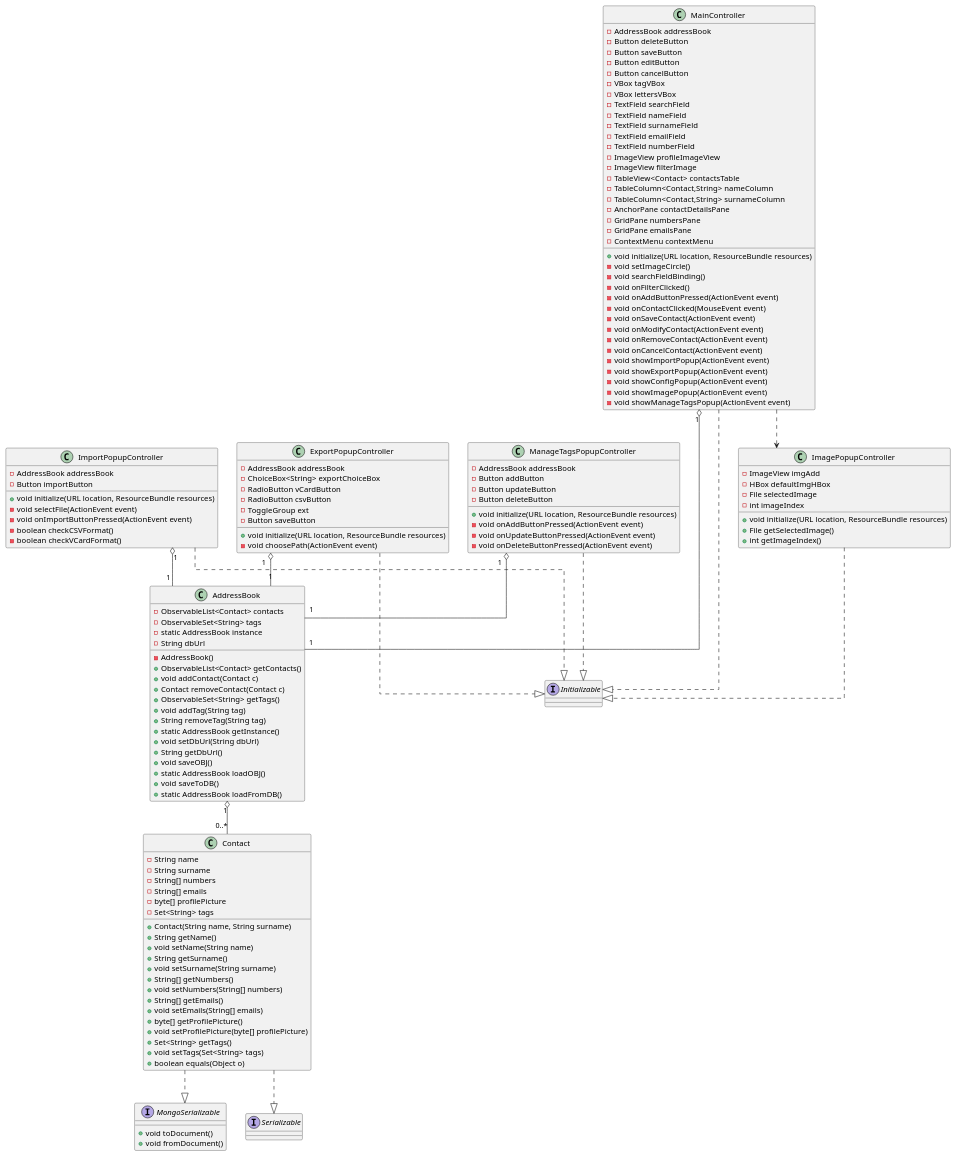
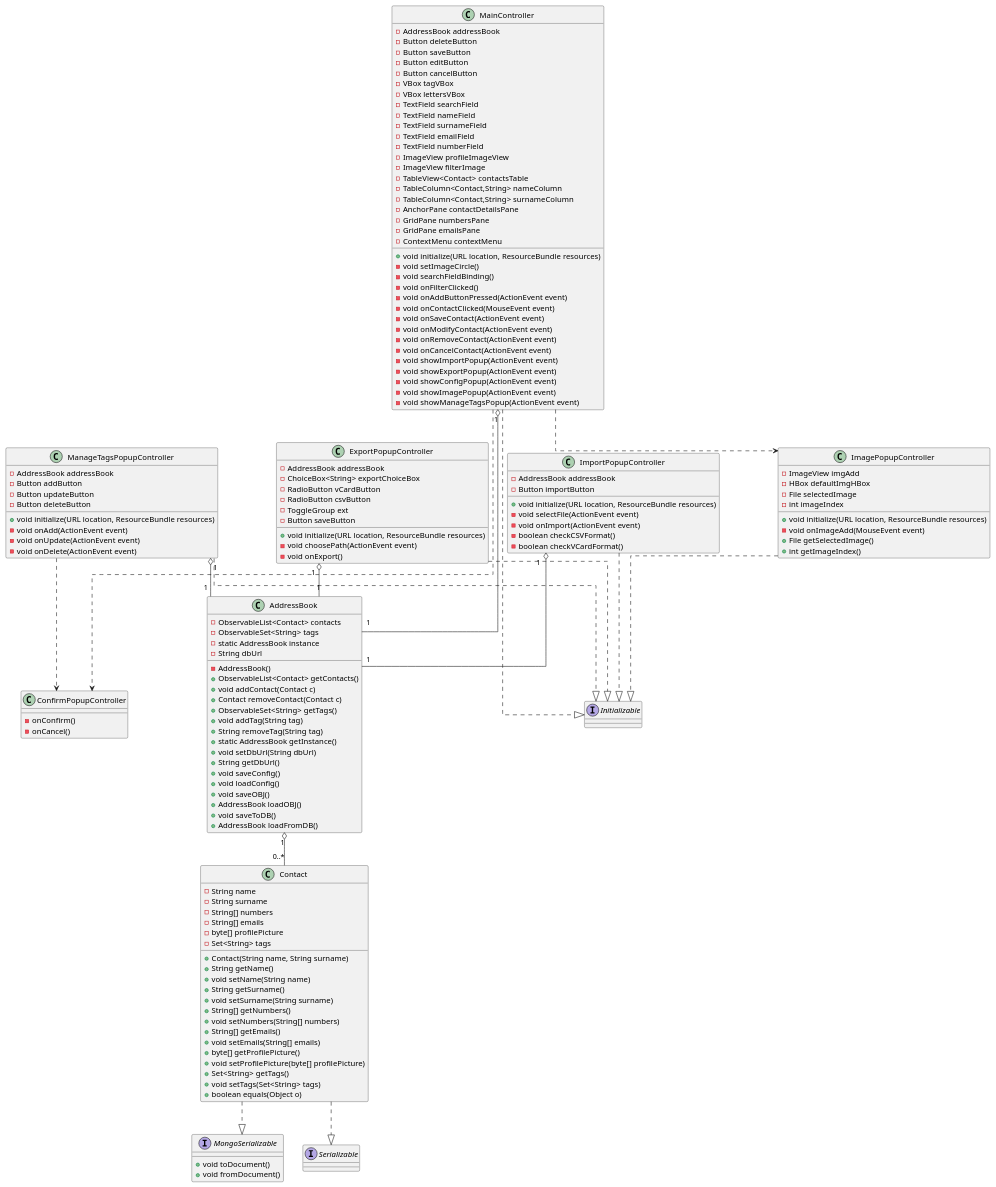
One commit to savaava/ProgettoRubrica changed the diagram in documenti/diagrammaClassi.puml. Above: the diagram before and after it, drawn with PlantUML. The commit also changed 1 other file, not shown here.

Commit message:
refactor dei diagrammi di classe

```diff
--- a/documenti/diagrammaClassi.puml
+++ b/documenti/diagrammaClassi.puml
@@ -1,167 +1,177 @@
 @startuml DiagrammaDelleClassi
 skinparam linetype ortho
 'left to right direction
 
 class Contact {
     - String name 
     - String surname 
     - String[] numbers
     - String[] emails
     - byte[] profilePicture
     - Set<String> tags
 
     + Contact(String name, String surname)
     + String getName()
     + void setName(String name)
     + String getSurname()
     + void setSurname(String surname)
     + String[] getNumbers()
     + void setNumbers(String[] numbers)
     + String[] getEmails()
     + void setEmails(String[] emails)
     + byte[] getProfilePicture()
     + void setProfilePicture(byte[] profilePicture)
     + Set<String> getTags()
     + void setTags(Set<String> tags)
     + boolean equals(Object o)
     
 }
 
 interface MongoSerializable {
     +void toDocument() 
     +void fromDocument()
 }
 
 Contact ..|> MongoSerializable
 
 class AddressBook {
     - ObservableList<Contact> contacts
     - ObservableSet<String> tags
     - static AddressBook instance
     - String dbUrl 
+
     - AddressBook()
     + ObservableList<Contact> getContacts()
     + void addContact(Contact c)
     + Contact removeContact(Contact c)
     + ObservableSet<String> getTags()
     + void addTag(String tag)
     + String removeTag(String tag)
     + static AddressBook getInstance()
     + void setDbUrl(String dbUrl)
-    + String getDbUrl()
+    + String getDbUrl()    
+    + void saveConfig()
+    + void loadConfig()
     + void saveOBJ()
-    + static AddressBook loadOBJ()
+    + AddressBook loadOBJ()
     + void saveToDB()
-    + static AddressBook loadFromDB()
+    + AddressBook loadFromDB()
     
 }
 
 interface Serializable
 Contact ..|> Serializable
 AddressBook "1" o-- "0..*" Contact
 
 class MainController {
     - AddressBook addressBook
     - Button deleteButton
     - Button saveButton
     - Button editButton
     - Button cancelButton
     - VBox tagVBox
     - VBox lettersVBox
     - TextField searchField
     - TextField nameField
     - TextField surnameField
     - TextField emailField
     - TextField numberField
     - ImageView profileImageView
     - ImageView filterImage
     - TableView<Contact> contactsTable
     - TableColumn<Contact,String> nameColumn
     - TableColumn<Contact,String> surnameColumn
     - AnchorPane contactDetailsPane
     - GridPane numbersPane
     - GridPane emailsPane
     - ContextMenu contextMenu
 
     + void initialize(URL location, ResourceBundle resources)
     - void setImageCircle()
     - void searchFieldBinding()    
     - void onFilterClicked()
     - void onAddButtonPressed(ActionEvent event)
     - void onContactClicked(MouseEvent event)
     - void onSaveContact(ActionEvent event)
     - void onModifyContact(ActionEvent event)
     - void onRemoveContact(ActionEvent event)
     - void onCancelContact(ActionEvent event)
     - void showImportPopup(ActionEvent event)
     - void showExportPopup(ActionEvent event)
     - void showConfigPopup(ActionEvent event)
     - void showImagePopup(ActionEvent event)
     - void showManageTagsPopup(ActionEvent event)
 }
 
 MainController ..> ImagePopupController
 
 
 interface Initializable
 MainController ..|> Initializable
 MainController "1" o-- "1" AddressBook
 
 class ImportPopupController {
     - AddressBook addressBook
     - Button importButton
     + void initialize(URL location, ResourceBundle resources)
     - void selectFile(ActionEvent event)
-    - void onImportButtonPressed(ActionEvent event)
+    - void onImport(ActionEvent event)
     - boolean checkCSVFormat()
     - boolean checkVCardFormat()
 }
 
 ImportPopupController ..|> Initializable
 ImportPopupController "1" o-- "1" AddressBook
 
 class ExportPopupController {
     - AddressBook addressBook
     - ChoiceBox<String> exportChoiceBox
     - RadioButton vCardButton
     - RadioButton csvButton
     - ToggleGroup ext
     - Button saveButton
 
     + void initialize(URL location, ResourceBundle resources)
     - void choosePath(ActionEvent event)
+    - void onExport()
 }
 
 ExportPopupController ..|> Initializable
 ExportPopupController "1" o-- "1" AddressBook
 
 class ManageTagsPopupController {
     - AddressBook addressBook
     - Button addButton
     - Button updateButton
     - Button deleteButton
 
     + void initialize(URL location, ResourceBundle resources)
-    - void onAddButtonPressed(ActionEvent event)
-    - void onUpdateButtonPressed(ActionEvent event)
-    - void onDeleteButtonPressed(ActionEvent event)
+    - void onAdd(ActionEvent event)
+    - void onUpdate(ActionEvent event)
+    - void onDelete(ActionEvent event)
 }
 
 ManageTagsPopupController ..|> Initializable
 ManageTagsPopupController "1" o-- "1" AddressBook
 
 class ImagePopupController {
     - ImageView imgAdd
     - HBox defaultImgHBox
     - File selectedImage
     - int imageIndex
 
     + void initialize(URL location, ResourceBundle resources)
+    - void onImageAdd(MouseEvent event)
     + File getSelectedImage()
     + int getImageIndex()
 }
-
 ImagePopupController ..|> Initializable
 
+class ConfirmPopupController {
+    - onConfirm()
+    - onCancel()
+}
+MainController ..> ConfirmPopupController
+ManageTagsPopupController ..> ConfirmPopupController
 
 @enduml
```
